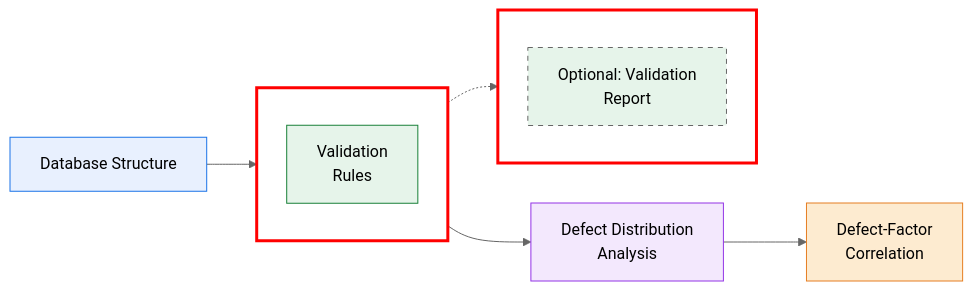
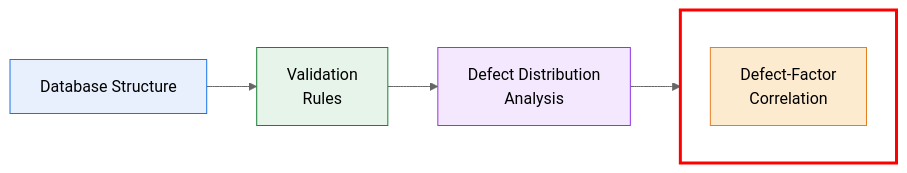
The diagram in README.md (SewerDefectAnalysis/Defect_Factor_Interaction), drawn with Mermaid (neutral theme) before and after one commit.

Commit message:
Revise README for project overview and input data
Updated project overview and input data structure in README.

````diff
--- a/README.md
+++ b/README.md
@@ -7,40 +7,33 @@
 ```mermaid
 %%{init: {'flowchart': {'nodeSpacing': 40, 'rankSpacing': 50}}}%%
 flowchart LR
 
     A[Database Structure]:::data --> B[Validation<br/>Rules]:::validation
     B --> D[Defect Distribution<br/>Analysis]:::analysis
     D --> E[Defect-Factor<br/>Correlation]:::analysisP2
 
-    subgraph boxB[ ]
+        %% Red box ONLY around E
+    subgraph boxE[ ]
         direction TB
-        B
+        E[Defect-Factor<br/>Correlation]:::analysisP2
     end
 
-    subgraph boxC[ ]
-        direction TB
-        C[Optional: Validation<br/>Report]:::optional
-    end
-
-    style boxB stroke:#FF0000,stroke-width:3px,fill:none
-    style boxC stroke:#FF0000,stroke-width:3px,fill:none
-
-    B -.-> C
+    style boxE stroke:#FF0000,stroke-width:3px,fill:none
 
 
     %% Click links
     click A "https://github.com/SewerDefectAnalysis/Database_Structure"
     click B "https://github.com/SewerDefectAnalysis/Data_validation"
     click C "https://github.com/SewerDefectAnalysis/Data_validation"
     click D "https://github.com/SewerDefectAnalysis/Defect_description"
     click E "https://github.com/SewerDefectAnalysis/Defect_Factor_Correlation"
 
     %% Styles
     classDef data fill:#E8F0FE,stroke:#1A73E8
     classDef validation fill:#E6F4EA,stroke:#188038
     classDef analysis fill:#F3E8FD,stroke:#9334E6
     classDef analysisP2 fill:#FDEBD0,stroke:#E67E22
     classDef optional fill:#E6F4EA,stroke:#666666,stroke-dasharray: 5 5
 
 
 ```
````
